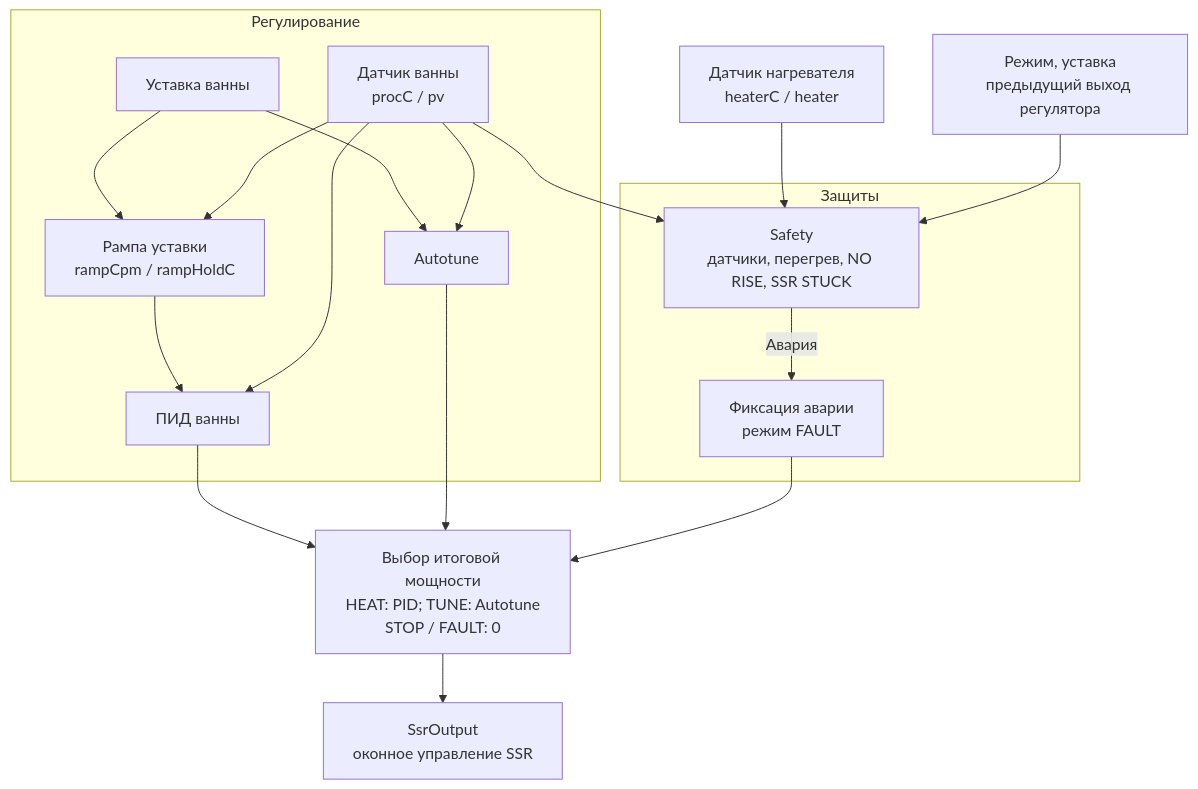
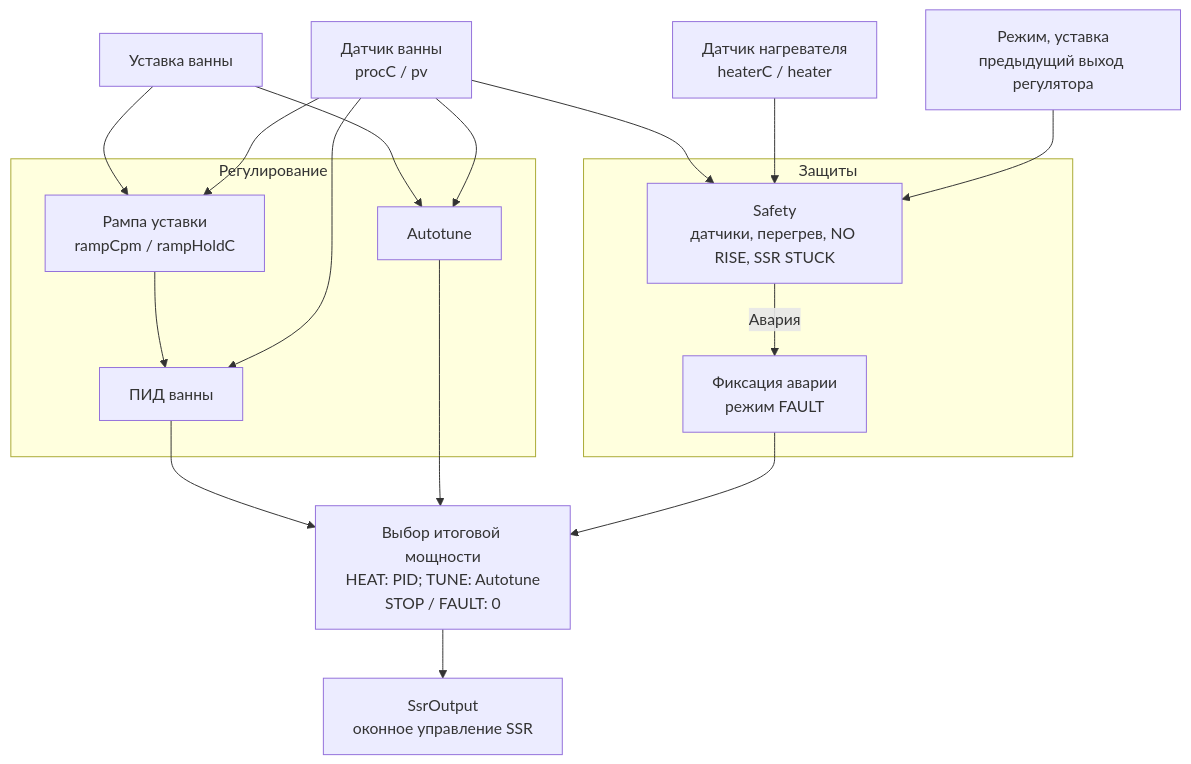
The second of 2 diagrams in docs/architecture.md (vicgor/paraffin-pid), drawn with Mermaid before and after one commit. The commit also changed other lines of this file, not shown here.

Commit message:
docs: fix architecture diagram layout and sensor placement

````diff
--- a/docs/architecture.md
+++ b/docs/architecture.md
@@ -54,41 +55,41 @@
 ```mermaid
 flowchart TB
     Target["Уставка ванны"]
     PV["Датчик ванны<br/>procC / pv"]
     Heater["Датчик нагревателя<br/>heaterC / heater"]
 
     subgraph Regulation["Регулирование"]
         Ramp["Рампа уставки<br/>rampCpm / rampHoldC"]
         PID["ПИД ванны"]
         Tune["Autotune"]
 
-        Target --> Ramp
-        PV --> Ramp
         Ramp --> PID
-        PV --> PID
+    end
 
-        Target --> Tune
-        PV --> Tune
-    end
+    Target --> Ramp
+    PV --> Ramp
+    PV --> PID
+    Target --> Tune
+    PV --> Tune
 
     subgraph Protection["Защиты"]
         Safety["Safety<br/>датчики, перегрев, NO RISE, SSR STUCK"]
         Fault["Фиксация аварии<br/>режим FAULT"]
 
         Safety -->|Авария| Fault
     end
 
     PV --> Safety
     Heater --> Safety
 
     Context["Режим, уставка<br/>предыдущий выход регулятора"]
     Context --> Safety
 
     Output["Выбор итоговой мощности<br/>HEAT: PID; TUNE: Autotune<br/>STOP / FAULT: 0"]
 
     PID --> Output
     Tune --> Output
     Fault --> Output
 
     Output --> SSR["SsrOutput<br/>оконное управление SSR"]
 ```
````
